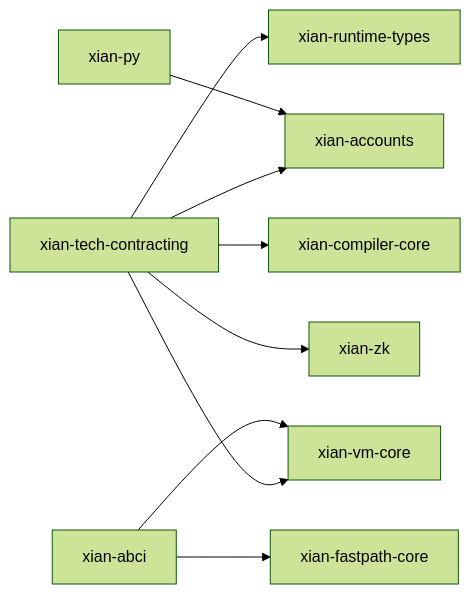
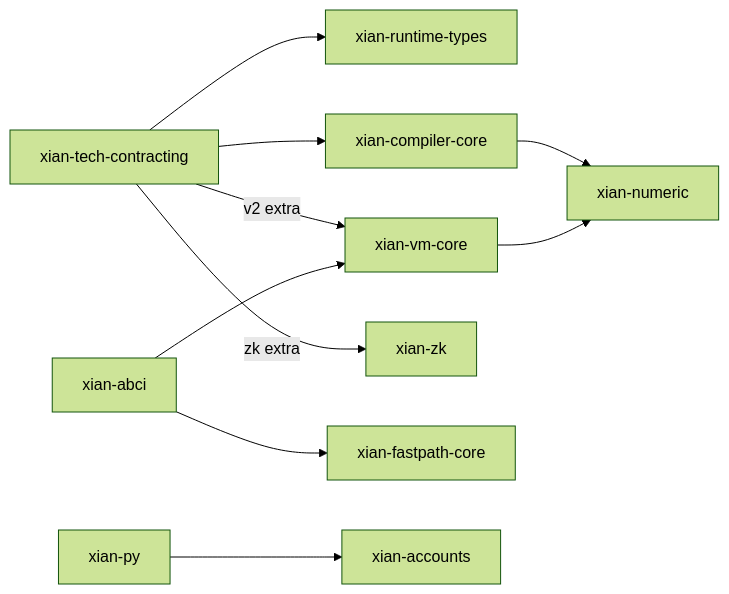
One commit to xian-technology/xian-contracting changed the diagram in packages/README.md. Above: the diagram before and after it, drawn with Mermaid (forest theme). The commit also changed other lines of this file and 2 other files, not shown here.

Commit message:
Show profile selection and source installation for the native V2 harness

````diff
--- a/packages/README.md
+++ b/packages/README.md
@@ -21,11 +21,12 @@
 ```mermaid
 flowchart LR
   Contracting["xian-tech-contracting"] --> RuntimeTypes["xian-runtime-types"]
-  Contracting --> Accounts["xian-accounts"]
   Contracting --> Compiler["xian-compiler-core"]
-  Contracting --> VM["xian-vm-core"]
-  Contracting --> ZK["xian-zk"]
+  Contracting -->|v2 extra| VM["xian-vm-core"]
+  Contracting -->|zk extra| ZK["xian-zk"]
   ABCI["xian-abci"] --> Fastpath["xian-fastpath-core"]
   ABCI --> VM
-  SDK["xian-py"] --> Accounts
+  SDK["xian-py"] --> Accounts["xian-accounts"]
+  Compiler --> Numeric["xian-numeric"]
+  VM --> Numeric
 ```
````
